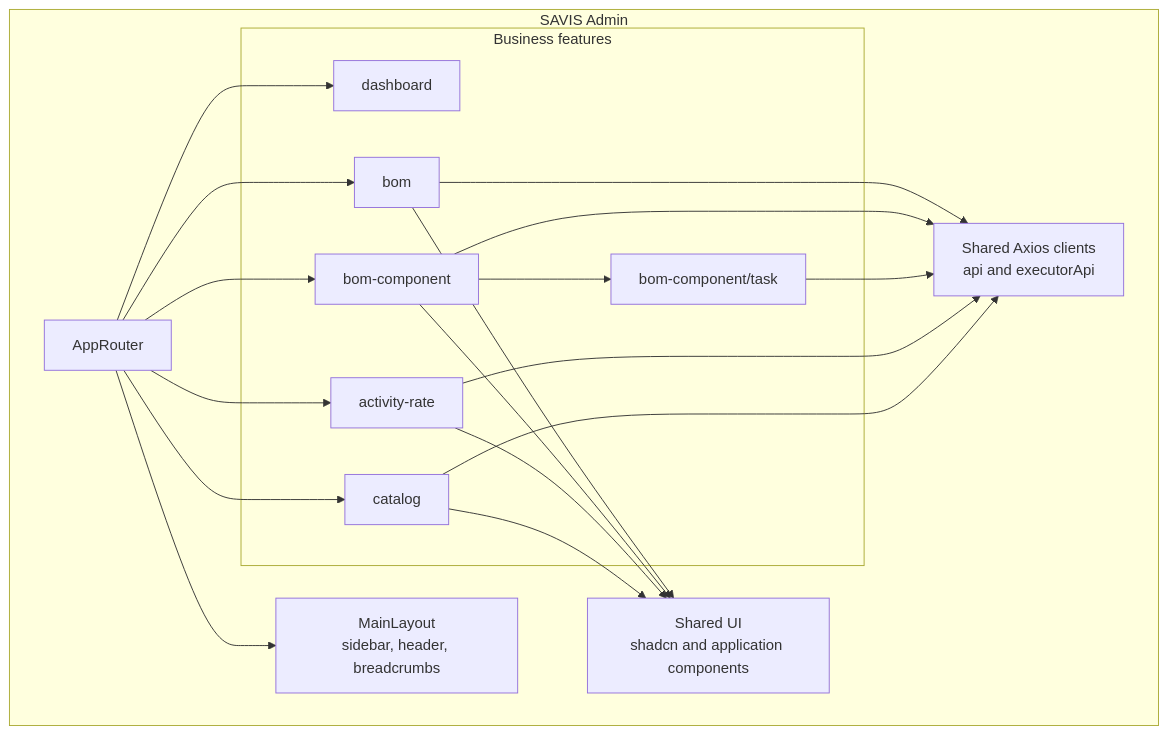
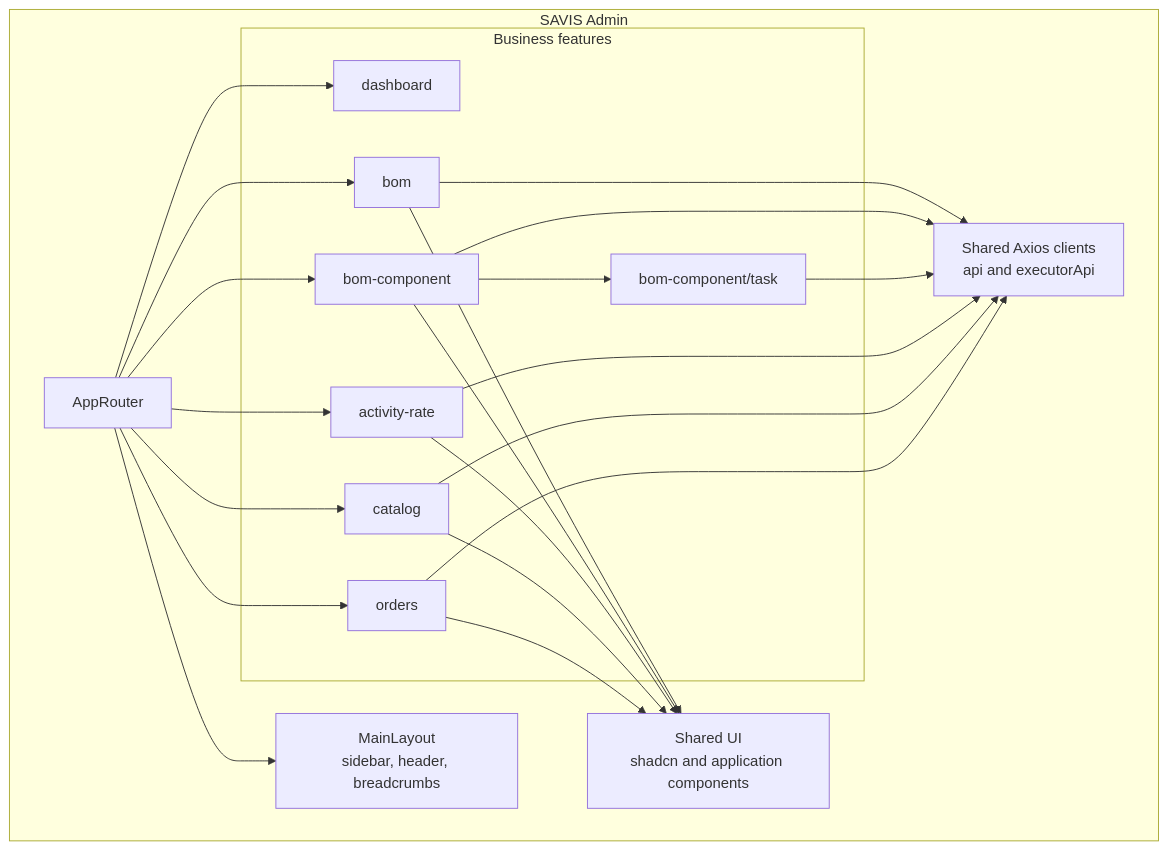
Before and after one commit to wiljeanlouis/savis: the sixth of 19 diagrams in docs/ARCHITECTURE.md, drawn with Mermaid. The commit also changed other lines of this file and 84 other files, not shown here.

````diff
--- a/docs/ARCHITECTURE.md
+++ b/docs/ARCHITECTURE.md
@@ -412,37 +428,41 @@
 ```mermaid
 flowchart TB
   subgraph Admin["SAVIS Admin"]
     Router["AppRouter"]
     Layout["MainLayout<br/>sidebar, header, breadcrumbs"]
     ApiClients["Shared Axios clients<br/>api and executorApi"]
     SharedUi["Shared UI<br/>shadcn and application components"]
 
     subgraph Features["Business features"]
       Dashboard["dashboard"]
       Bom["bom"]
       Components["bom-component"]
       Tasks["bom-component/task"]
       Rates["activity-rate"]
       Catalog["catalog"]
+      Orders["orders"]
     end
   end
 
   Router --> Layout
   Router --> Dashboard
   Router --> Bom
   Router --> Components
   Components --> Tasks
   Router --> Rates
   Router --> Catalog
+  Router --> Orders
 
   Bom --> ApiClients
   Components --> ApiClients
   Tasks --> ApiClients
   Rates --> ApiClients
   Catalog --> ApiClients
+  Orders --> ApiClients
 
   Bom --> SharedUi
   Components --> SharedUi
   Rates --> SharedUi
   Catalog --> SharedUi
+  Orders --> SharedUi
 ```
````
